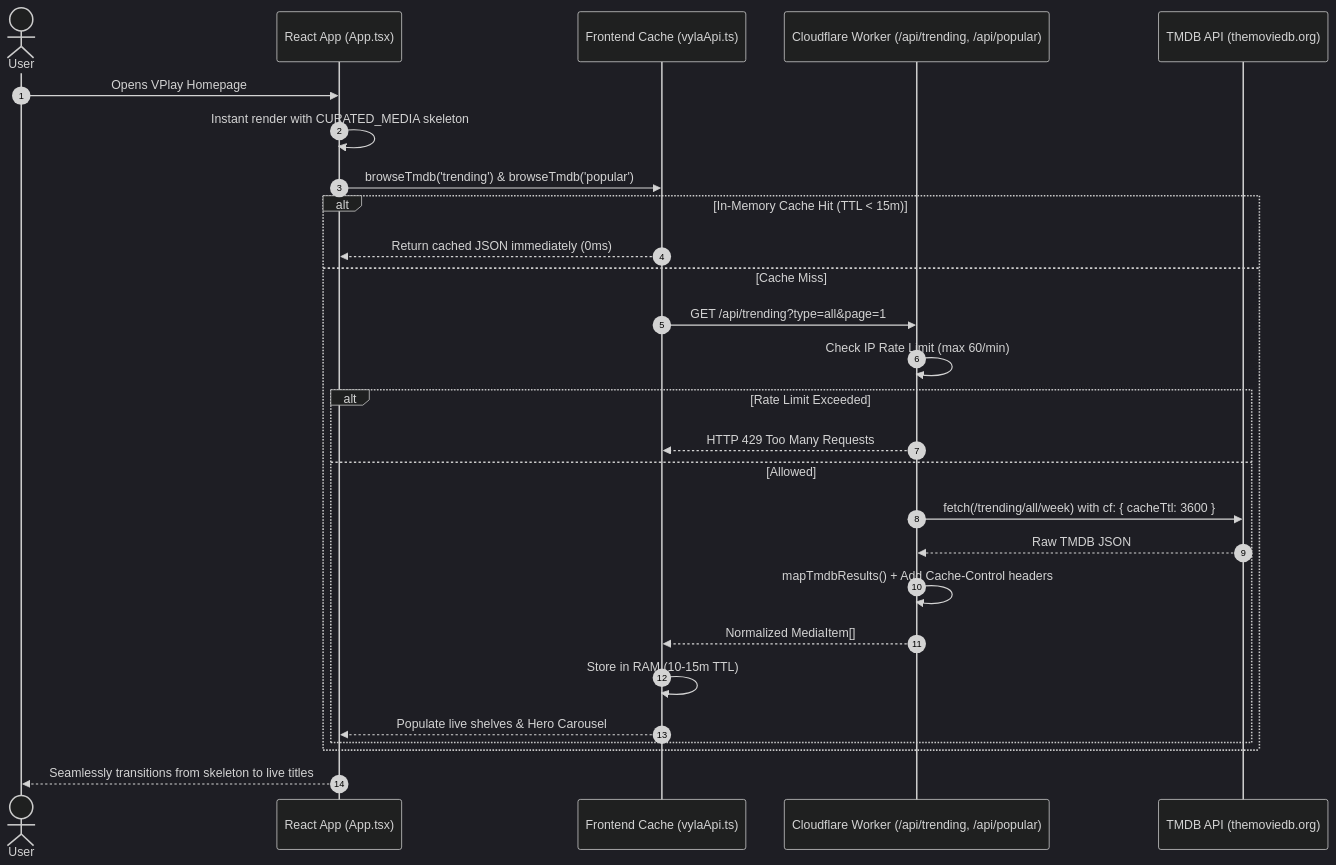
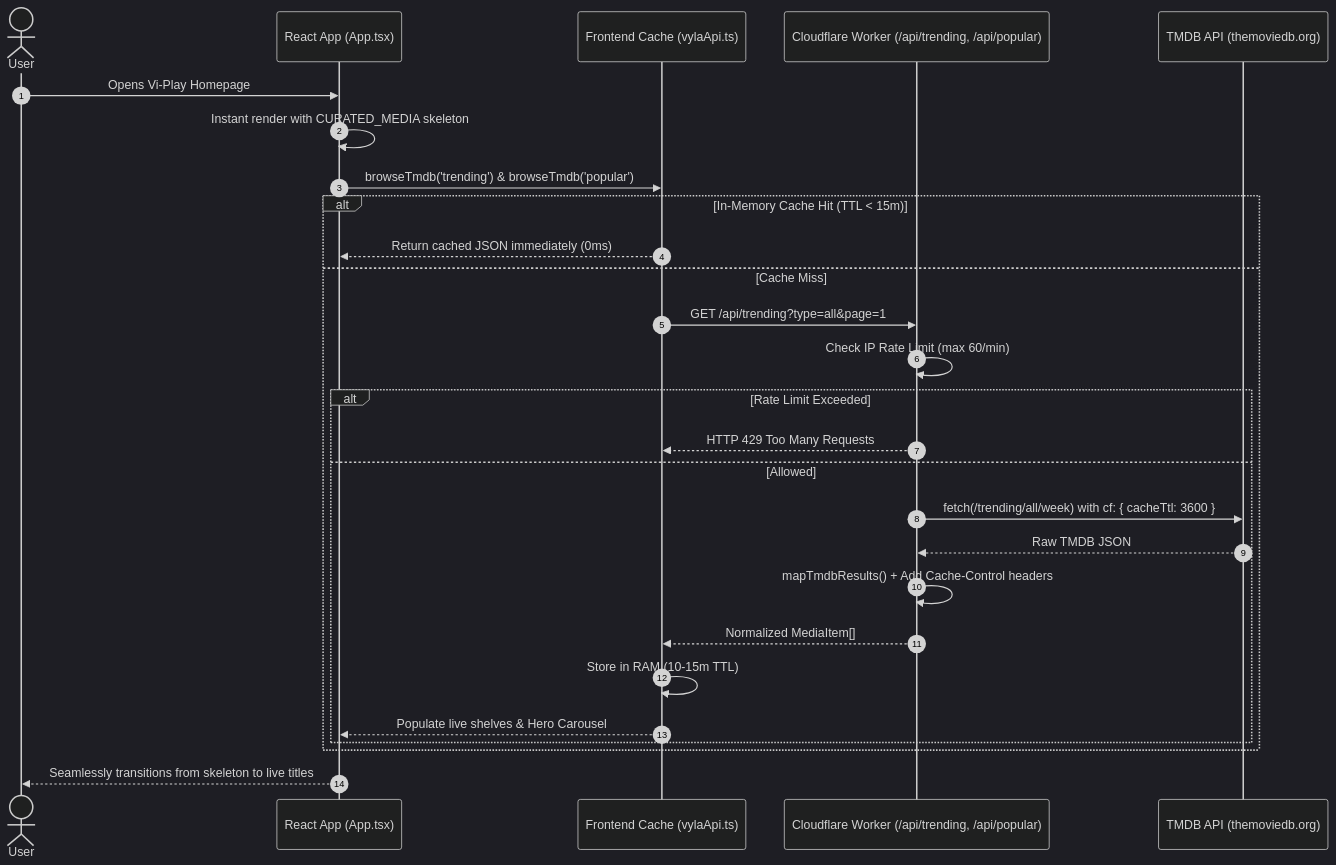
One commit to carlodandan/vi-play changed the third of 4 diagrams in docs/ARCHITECTURE.md. Above: the diagram before and after it, drawn with Mermaid (dark theme). The commit also changed other lines of this file and 15 other files, not shown here.

````diff
--- a/docs/ARCHITECTURE.md
+++ b/docs/ARCHITECTURE.md
@@ -91,31 +91,31 @@
 ```mermaid
 sequenceDiagram
     autonumber
     actor User
     participant App as React App (App.tsx)
     participant ClientCache as Frontend Cache (vylaApi.ts)
     participant Worker as Cloudflare Worker (/api/trending, /api/popular)
     participant TMDB as TMDB API (themoviedb.org)
 
-    User->>App: Opens VPlay Homepage
+    User->>App: Opens Vi-Play Homepage
     App->>App: Instant render with CURATED_MEDIA skeleton
     App->>ClientCache: browseTmdb('trending') & browseTmdb('popular')
     
     alt In-Memory Cache Hit (TTL < 15m)
         ClientCache-->>App: Return cached JSON immediately (0ms)
     else Cache Miss
         ClientCache->>Worker: GET /api/trending?type=all&page=1
         Worker->>Worker: Check IP Rate Limit (max 60/min)
         alt Rate Limit Exceeded
             Worker-->>ClientCache: HTTP 429 Too Many Requests
         else Allowed
             Worker->>TMDB: fetch(/trending/all/week) with cf: { cacheTtl: 3600 }
             TMDB-->>Worker: Raw TMDB JSON
             Worker->>Worker: mapTmdbResults() + Add Cache-Control headers
             Worker-->>ClientCache: Normalized MediaItem[]
             ClientCache->>ClientCache: Store in RAM (10-15m TTL)
             ClientCache-->>App: Populate live shelves & Hero Carousel
         end
     end
     App-->>User: Seamlessly transitions from skeleton to live titles
 ```
````
